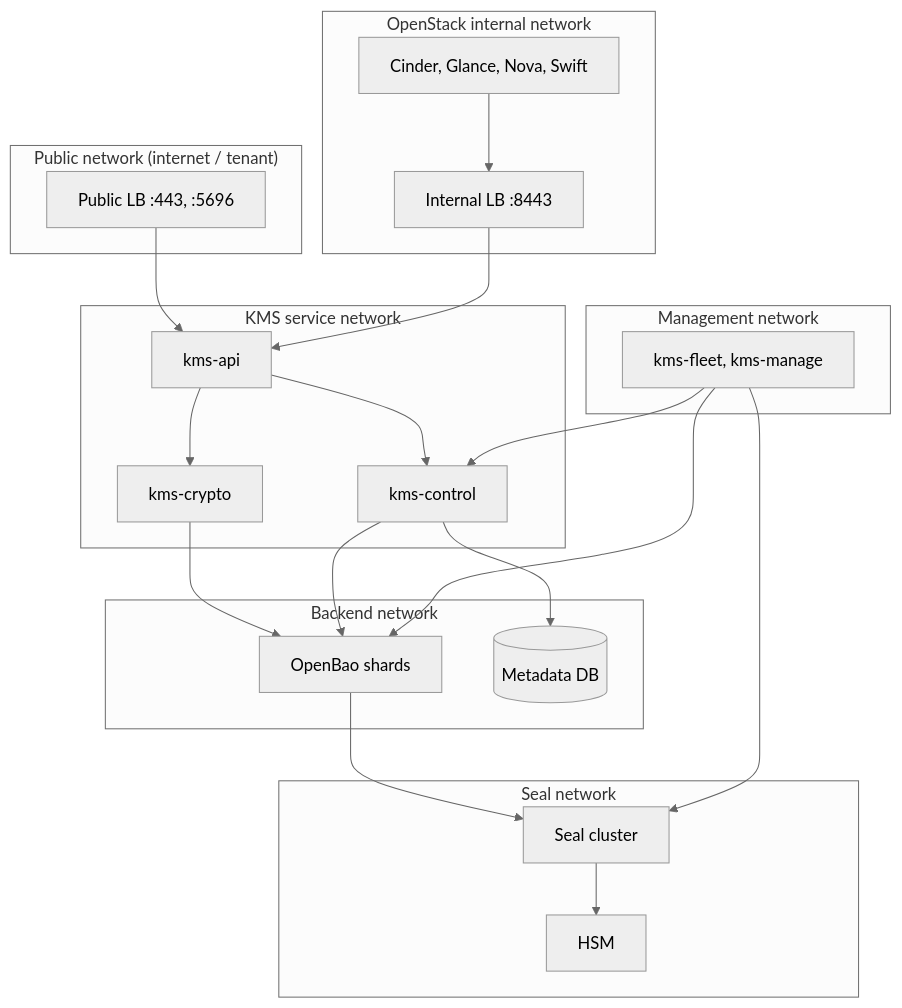
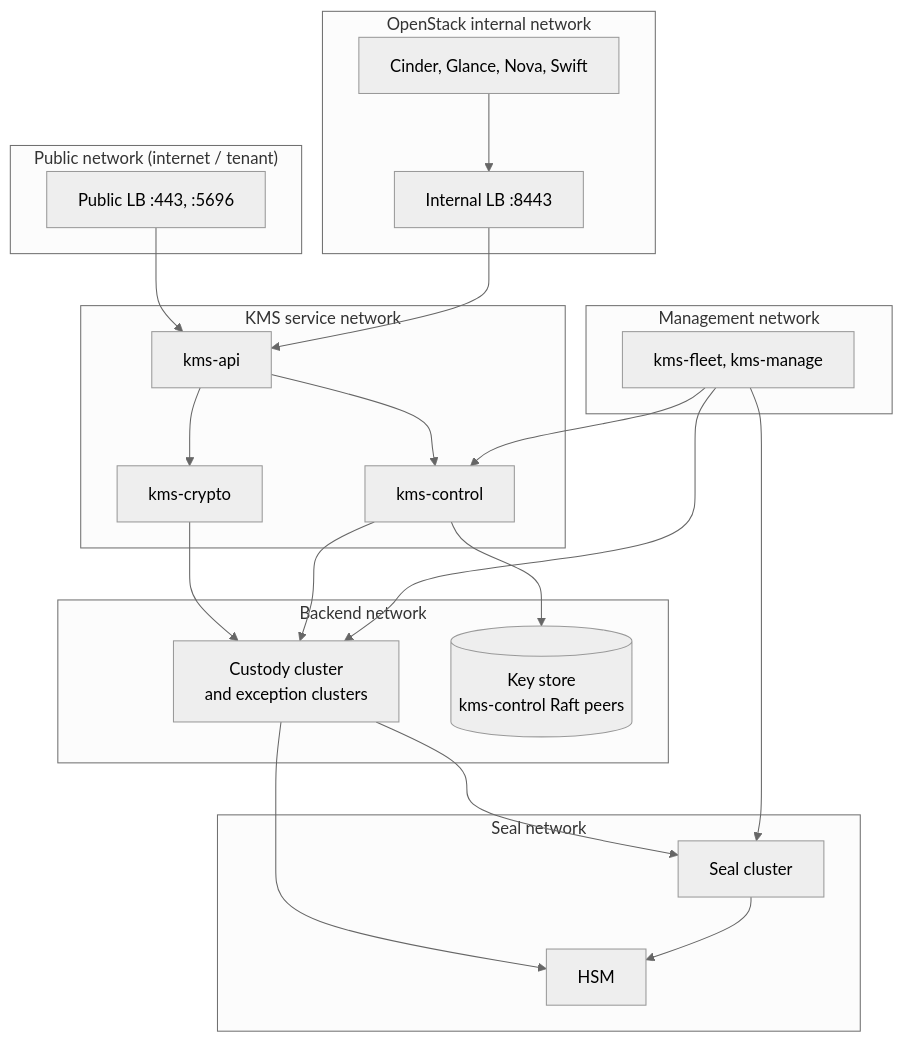
The fifth of 5 diagrams in doc/src/kms-vision.md (openstack-experimental/keystone), drawn with Mermaid (neutral theme) before and after one commit. The commit also changed other lines of this file, not shown here.

First line of the commit message:
docs(kms): Replace the fleet with one custody pair

````diff
--- a/doc/src/kms-vision.md
+++ b/doc/src/kms-vision.md
@@ -1376,40 +1643,41 @@
 ```mermaid
 flowchart TB
     subgraph n1["Public network (internet / tenant)"]
         lb1["Public LB :443, :5696"]
     end
     subgraph n2["OpenStack internal network"]
         lb2["Internal LB :8443"]
         svcs["Cinder, Glance, Nova, Swift"]
     end
     subgraph n3["KMS service network"]
         api["kms-api"]
         cry["kms-crypto"]
         ctl["kms-control"]
     end
     subgraph n4["Backend network"]
-        shards["OpenBao shards"]
-        db[("Metadata DB")]
+        custody["Custody cluster<br/>and exception clusters"]
+        db[("Key store<br/>kms-control Raft peers")]
     end
     subgraph n5["Seal network"]
         seal["Seal cluster"]
         hsm["HSM"]
     end
     subgraph n6["Management network"]
         fleet["kms-fleet, kms-manage"]
     end
 
     lb1 --> api
     lb2 --> api
     svcs --> lb2
     api --> cry
     api --> ctl
-    cry --> shards
-    ctl --> shards
+    cry --> custody
+    ctl --> custody
     ctl --> db
-    shards --> seal
+    custody --> seal
+    custody --> hsm
     seal --> hsm
     fleet --> ctl
-    fleet --> shards
+    fleet --> custody
     fleet --> seal
 ```
````
